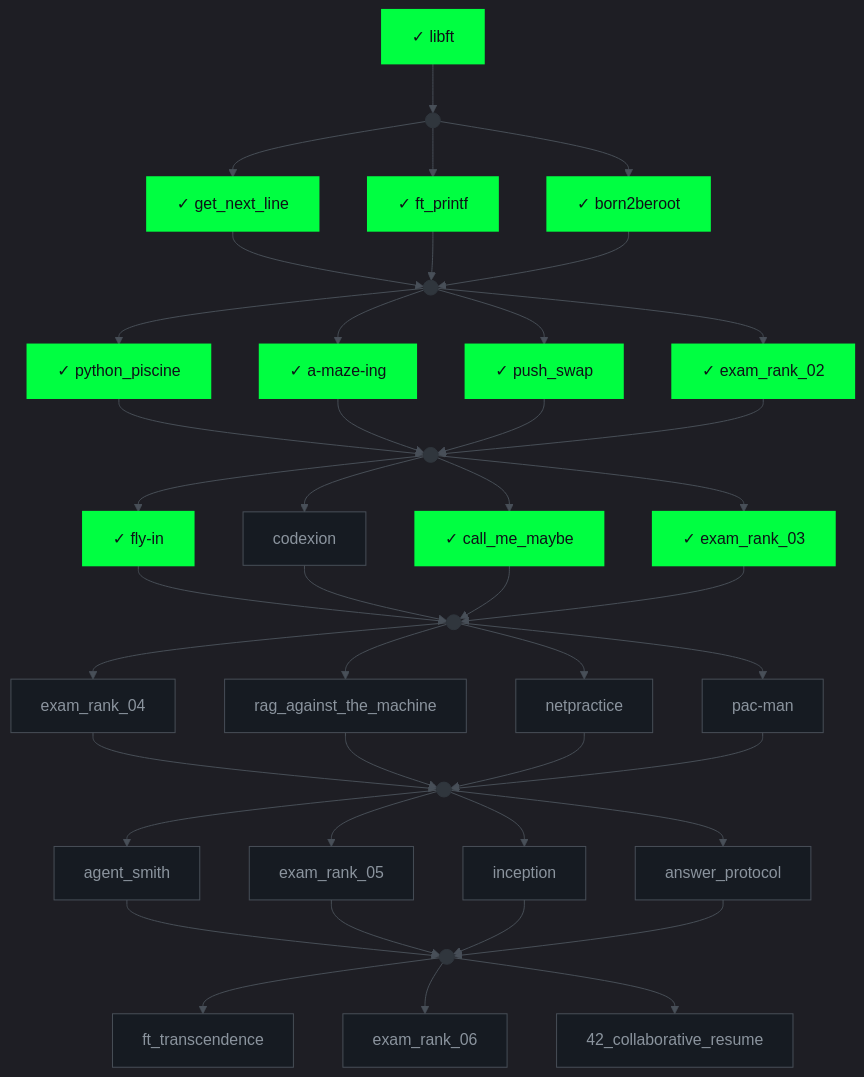
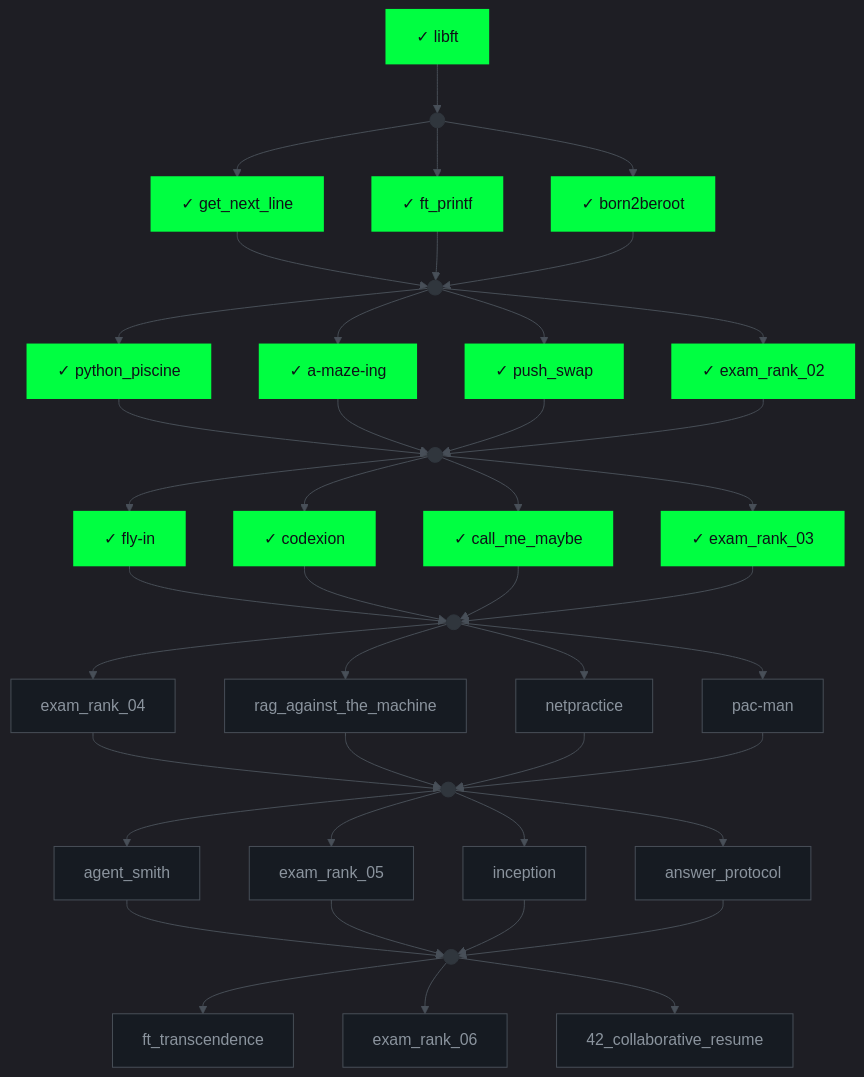
The diagram in README.md (bettercallmefifi/bettercallmefifi), drawn with Mermaid before and after one commit.

Commit message:
Update codexion status to done in README

````diff
--- a/README.md
+++ b/README.md
@@ -56,60 +56,60 @@
 ```mermaid
 %%{init: {'theme':'dark','themeVariables':{'primaryColor':'#0D1117','primaryTextColor':'#C9D1D9','primaryBorderColor':'#30363D','lineColor':'#484F58','fontFamily':'monospace','fontSize':'16px'}}}%%
 graph TD
     LIB["✓ libft"]:::done --> G0((" ")):::gate
     G0 --> GNL["✓ get_next_line"]:::done
     G0 --> FP["✓ ft_printf"]:::done
     G0 --> B2B["✓ born2beroot"]:::done
 
     GNL --> G1((" ")):::gate
     FP --> G1
     B2B --> G1
 
     G1 --> PY["✓ python_piscine"]:::done
     G1 --> AM["✓ a-maze-ing"]:::done
     G1 --> PS["✓ push_swap"]:::done
     G1 --> E2["✓ exam_rank_02"]:::done
 
     PY --> G2((" ")):::gate
     AM --> G2
     PS --> G2
     E2 --> G2
 
     G2 --> FI["✓ fly-in"]:::done
-    G2 --> CX["codexion"]:::todo
+    G2 --> CX["✓ codexion"]:::done
     G2 --> CMM["✓ call_me_maybe"]:::done
     G2 --> E3["✓ exam_rank_03"]:::done
 
     FI --> G3((" ")):::gate
     CX --> G3
     CMM --> G3
     E3 --> G3
 
     G3 --> E4["exam_rank_04"]:::todo
     G3 --> RAG["rag_against_the_machine"]:::todo
     G3 --> NP["netpractice"]:::todo
     G3 --> PM["pac-man"]:::todo
 
     E4 --> G4((" ")):::gate
     RAG --> G4
     NP --> G4
     PM --> G4
 
     G4 --> AS["agent_smith"]:::todo
     G4 --> E5["exam_rank_05"]:::todo
     G4 --> INC["inception"]:::todo
     G4 --> AP["answer_protocol"]:::todo
 
     AS --> G5((" ")):::gate
     E5 --> G5
     INC --> G5
     AP --> G5
 
     G5 --> FT["ft_transcendence"]:::todo
     G5 --> E6["exam_rank_06"]:::todo
     G5 --> CR["42_collaborative_resume"]:::todo
 
     classDef done fill:#00FF41,stroke:#00FF41,color:#0D1117,stroke-width:2px
     classDef todo fill:#161B22,stroke:#484F58,color:#8B949E
     classDef gate fill:#30363D,stroke:#30363D,color:#30363D
 ```
````
